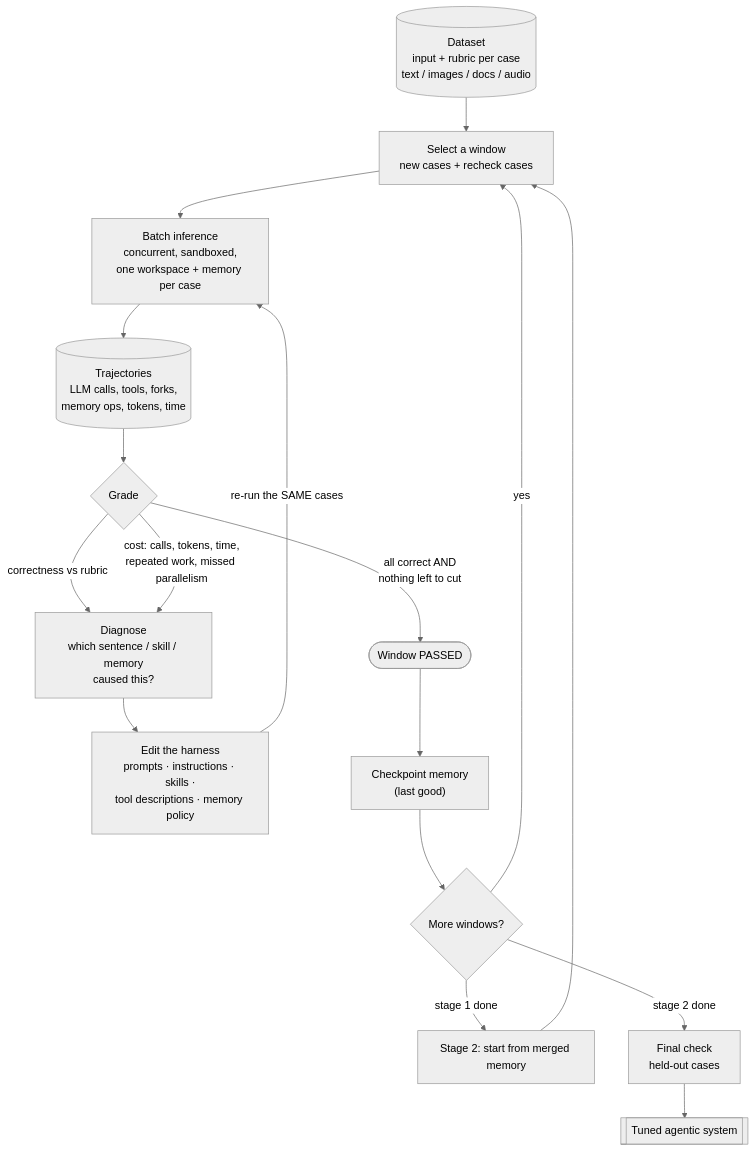
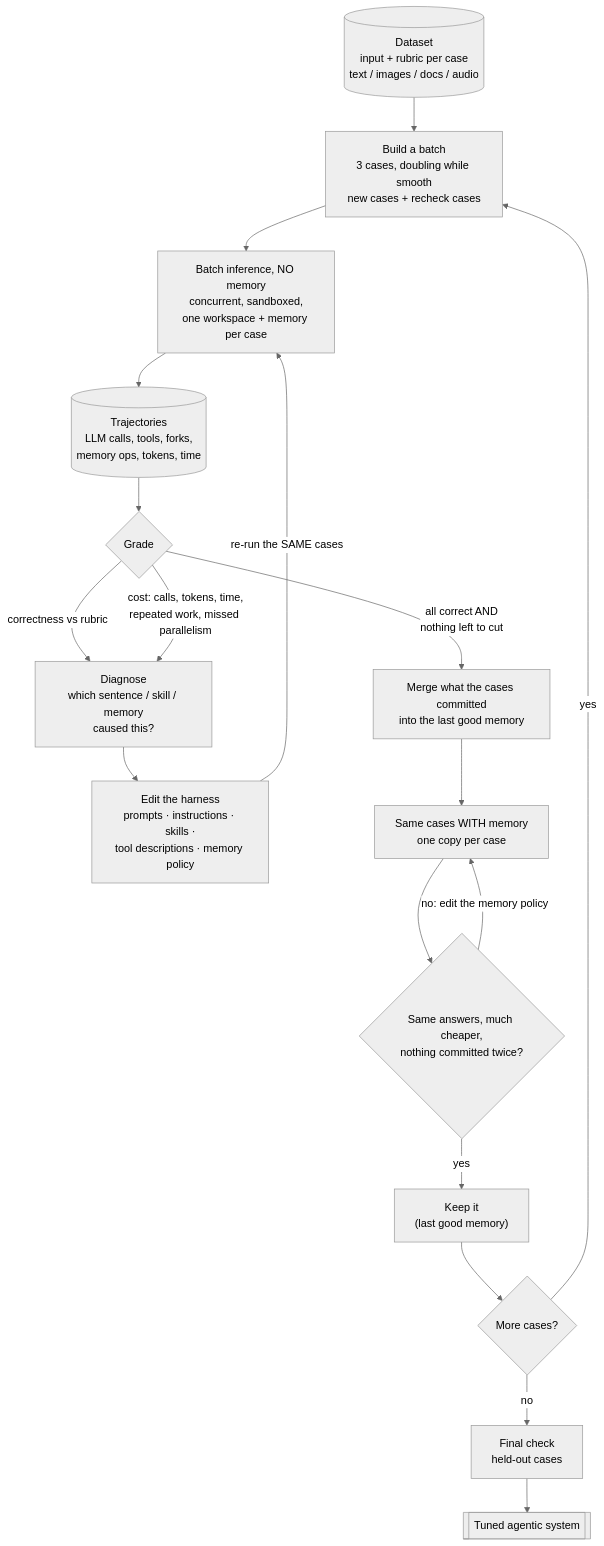
One commit to andreyryabov/ZeneraNeo changed the third of 6 diagrams in docs/specialized-agents.md. Above: the diagram before and after it, drawn with Mermaid (neutral theme). The commit also changed other lines of this file and 11 other files, not shown here.

````diff
--- a/docs/specialized-agents.md
+++ b/docs/specialized-agents.md
@@ -232,19 +234,20 @@
 ```mermaid
 flowchart TB
-    DS[("Dataset<br/>input + rubric per case<br/>text / images / docs / audio")] --> SEL["Select a window<br/>new cases + recheck cases"]
-    SEL --> RUN["Batch inference<br/>concurrent, sandboxed,<br/>one workspace + memory per case"]
+    DS[("Dataset<br/>input + rubric per case<br/>text / images / docs / audio")] --> SEL["Build a batch<br/>3 cases, doubling while smooth<br/>new cases + recheck cases"]
+    SEL --> RUN["Batch inference, NO memory<br/>concurrent, sandboxed,<br/>one workspace + memory per case"]
     RUN --> TR[("Trajectories<br/>LLM calls, tools, forks,<br/>memory ops, tokens, time")]
     TR --> GR{"Grade"}
     GR -->|"correctness vs rubric"| DIAG
     GR -->|"cost: calls, tokens, time,<br/>repeated work, missed parallelism"| DIAG
     DIAG["Diagnose<br/>which sentence / skill / memory<br/>caused this?"] --> EDIT["Edit the harness<br/>prompts · instructions · skills ·<br/>tool descriptions · memory policy"]
     EDIT -->|"re-run the SAME cases"| RUN
-    GR -->|"all correct AND<br/>nothing left to cut"| PASS(["Window PASSED"])
-    PASS --> CK["Checkpoint memory<br/>(last good)"]
-    CK --> MORE{"More windows?"}
+    GR -->|"all correct AND<br/>nothing left to cut"| CAND["Merge what the cases committed<br/>into the last good memory"]
+    CAND --> WM["Same cases WITH memory<br/>one copy per case"]
+    WM --> MG{"Same answers, much cheaper,<br/>nothing committed twice?"}
+    MG -->|"no: edit the memory policy"| WM
+    MG -->|"yes"| CK["Keep it<br/>(last good memory)"]
+    CK --> MORE{"More cases?"}
     MORE -->|"yes"| SEL
-    MORE -->|"stage 1 done"| S2["Stage 2: start from merged memory"]
-    S2 --> SEL
-    MORE -->|"stage 2 done"| FC["Final check<br/>held-out cases"]
+    MORE -->|"no"| FC["Final check<br/>held-out cases"]
     FC --> OUT[["Tuned agentic system"]]
 ```
````
